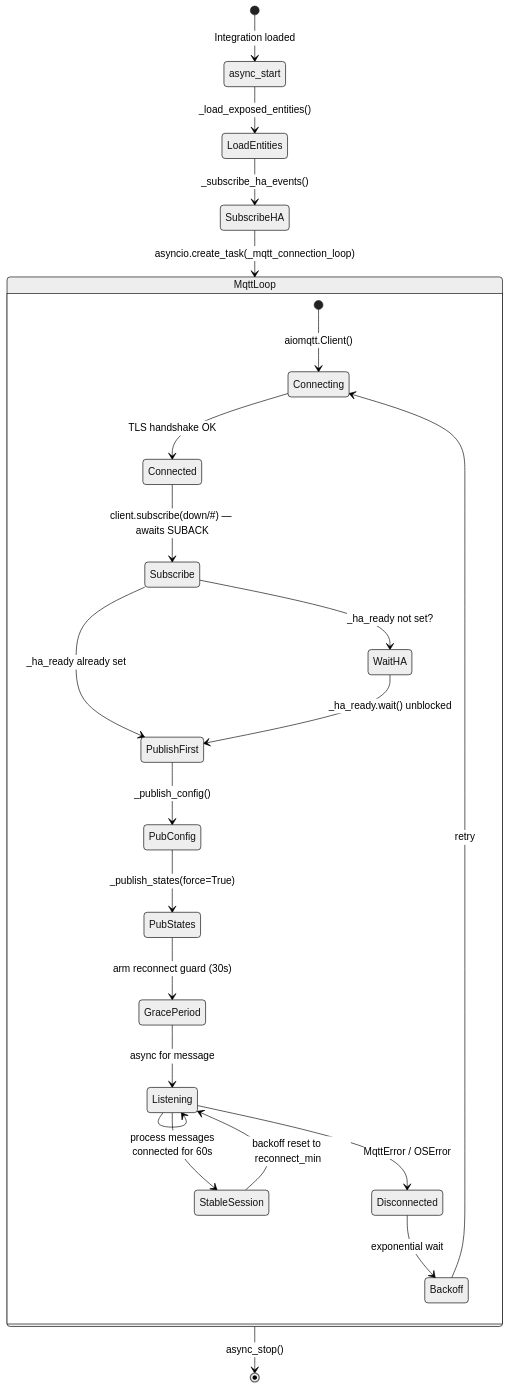
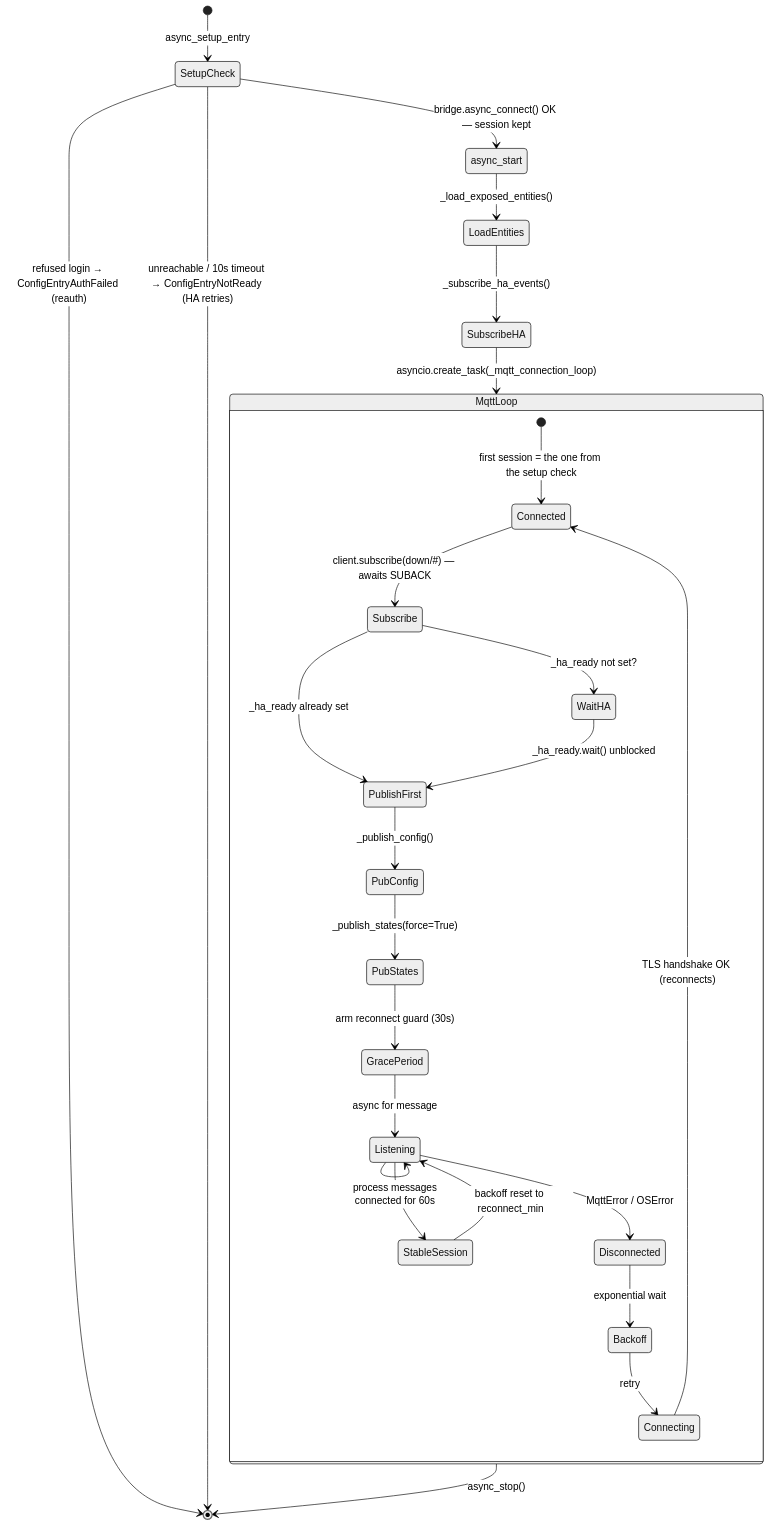
One commit to dzerik/sber-mqtt-bridge changed the first of 7 diagrams in docs/mqtt-flow.md. Above: the diagram before and after it, drawn with Mermaid (neutral theme). The commit also changed 21 other files, not shown here.

````diff
--- a/docs/mqtt-flow.md
+++ b/docs/mqtt-flow.md
@@ -5,33 +5,37 @@
 ```mermaid
 stateDiagram-v2
-    [*] --> async_start: Integration loaded
+    [*] --> SetupCheck: async_setup_entry
+
+    SetupCheck --> [*]: refused login → ConfigEntryAuthFailed (reauth)
+    SetupCheck --> [*]: unreachable / 10s timeout → ConfigEntryNotReady (HA retries)
+    SetupCheck --> async_start: bridge.async_connect() OK — session kept
 
     async_start --> LoadEntities: _load_exposed_entities()
     LoadEntities --> SubscribeHA: _subscribe_ha_events()
     SubscribeHA --> MqttLoop: asyncio.create_task(_mqtt_connection_loop)
 
     state MqttLoop {
-        [*] --> Connecting: aiomqtt.Client()
-        Connecting --> Connected: TLS handshake OK
+        [*] --> Connected: first session = the one from the setup check
+        Connecting --> Connected: TLS handshake OK (reconnects)
         Connected --> Subscribe: client.subscribe(down/#) — awaits SUBACK
         Subscribe --> WaitHA: _ha_ready not set?
         Subscribe --> PublishFirst: _ha_ready already set
         WaitHA --> PublishFirst: _ha_ready.wait() unblocked
 
         PublishFirst --> PubConfig: _publish_config()
         PubConfig --> PubStates: _publish_states(force=True)
 
         PubStates --> GracePeriod: arm reconnect guard (30s)
 
         GracePeriod --> Listening: async for message
 
         Listening --> Listening: process messages
         Listening --> Disconnected: MqttError / OSError
         Listening --> StableSession: connected for 60s
         StableSession --> Listening: backoff reset to reconnect_min
         Disconnected --> Backoff: exponential wait
         Backoff --> Connecting: retry
     }
 
     MqttLoop --> [*]: async_stop()
 ```
````
